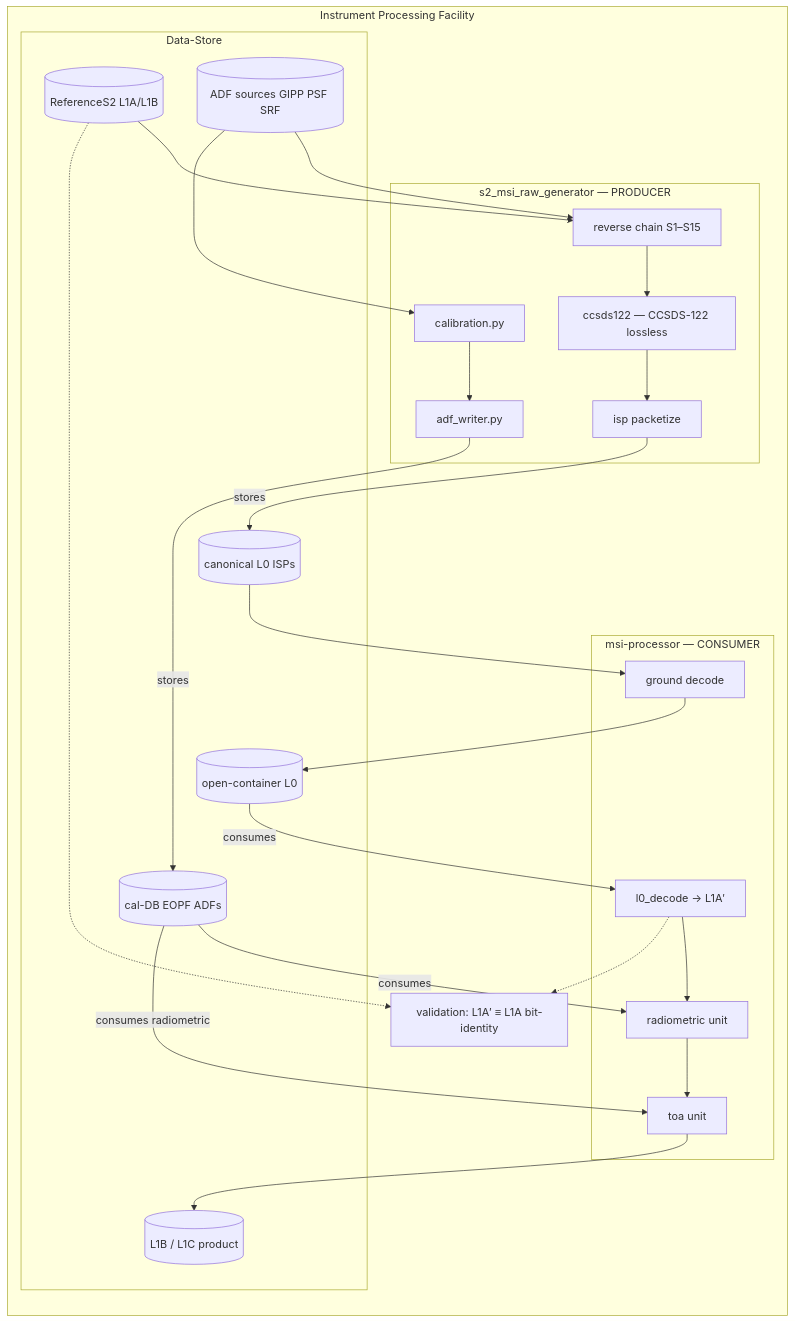
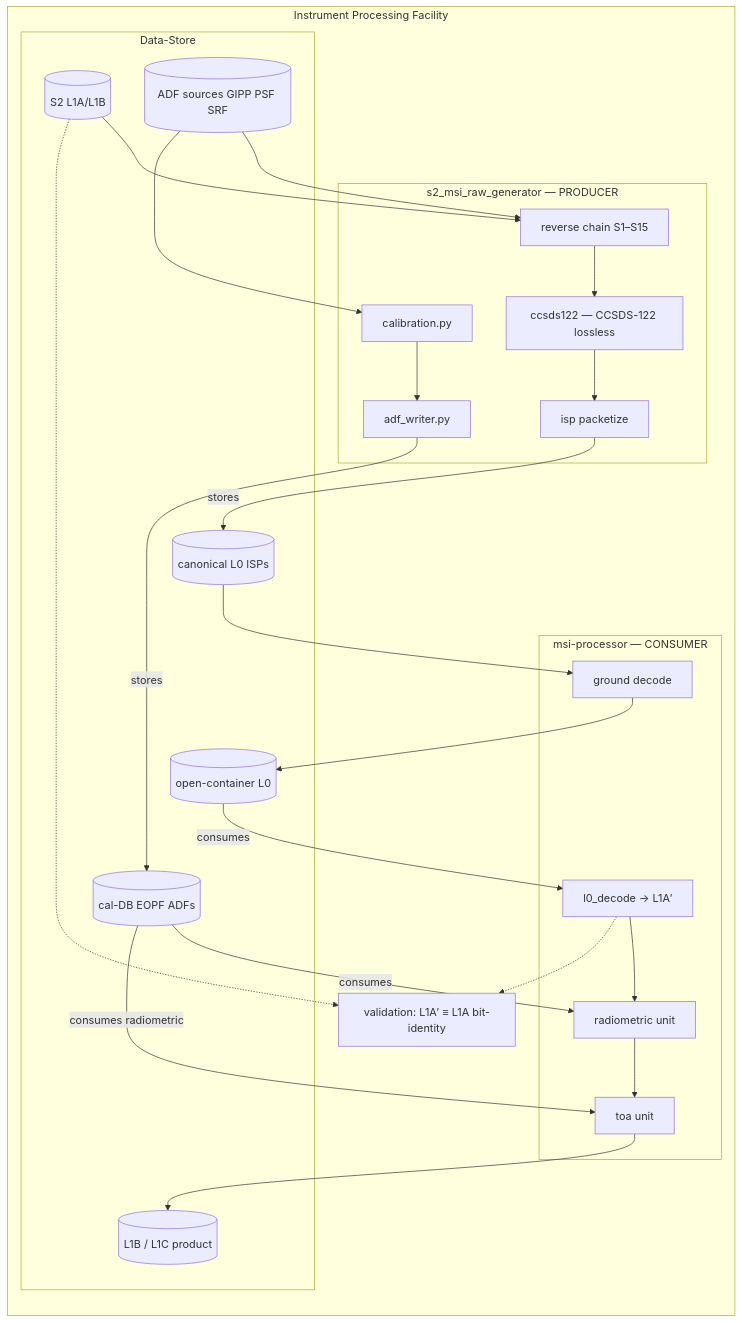
Before and after one commit to AstroCan17/AstroCan17: the diagram in docs/projects/ipf-ecosystem.md, drawn with Mermaid. The commit also changed other lines of this file and 6 other files, not shown here.

````diff
--- a/docs/projects/ipf-ecosystem.md
+++ b/docs/projects/ipf-ecosystem.md
@@ -23,41 +23,41 @@
 ```mermaid
 flowchart LR
     subgraph IPF["Instrument Processing Facility"]
         subgraph GEN["s2_msi_raw_generator — PRODUCER"]
             REV["reverse chain S1–S15"]
             C122["ccsds122 — CCSDS-122 lossless"]
             PKT["isp packetize"]
             CAL["calibration.py"]
             ADFW["adf_writer.py"]
             REV --> C122 --> PKT
         end
         subgraph PROC["msi-processor — CONSUMER"]
             GD["ground decode"]
             L0D["l0_decode → L1A′"]
             RAD["radiometric unit"]
             TOA["toa unit"]
         end
         subgraph DATASTORE["Data-Store"]
             CALDB[("cal-DB EOPF ADFs")]
             L0oc[("open-container L0")]
             L0c[("canonical L0 ISPs")]
-            IN[("ReferenceS2 L1A/L1B")]
+            IN[("S2 L1A/L1B")]
             ADFsrc[("ADF sources GIPP PSF SRF")]
             L1[("L1B / L1C product")]
         end
         VAL["validation: L1A′ ≡ L1A bit-identity"]
     end
     IN --> REV
     ADFsrc --> REV
     ADFsrc --> CAL
     PKT -->|"stores"| L0c
     L0c --> GD --> L0oc
     CAL --> ADFW -->|"stores"| CALDB
     L0oc -->|"consumes"| L0D
     L0D --> RAD
     CALDB -->|"consumes"| RAD
     CALDB -->|"consumes radiometric"| TOA
     RAD --> TOA --> L1
     L0D -.-> VAL
     IN -.-> VAL
 ```
````
